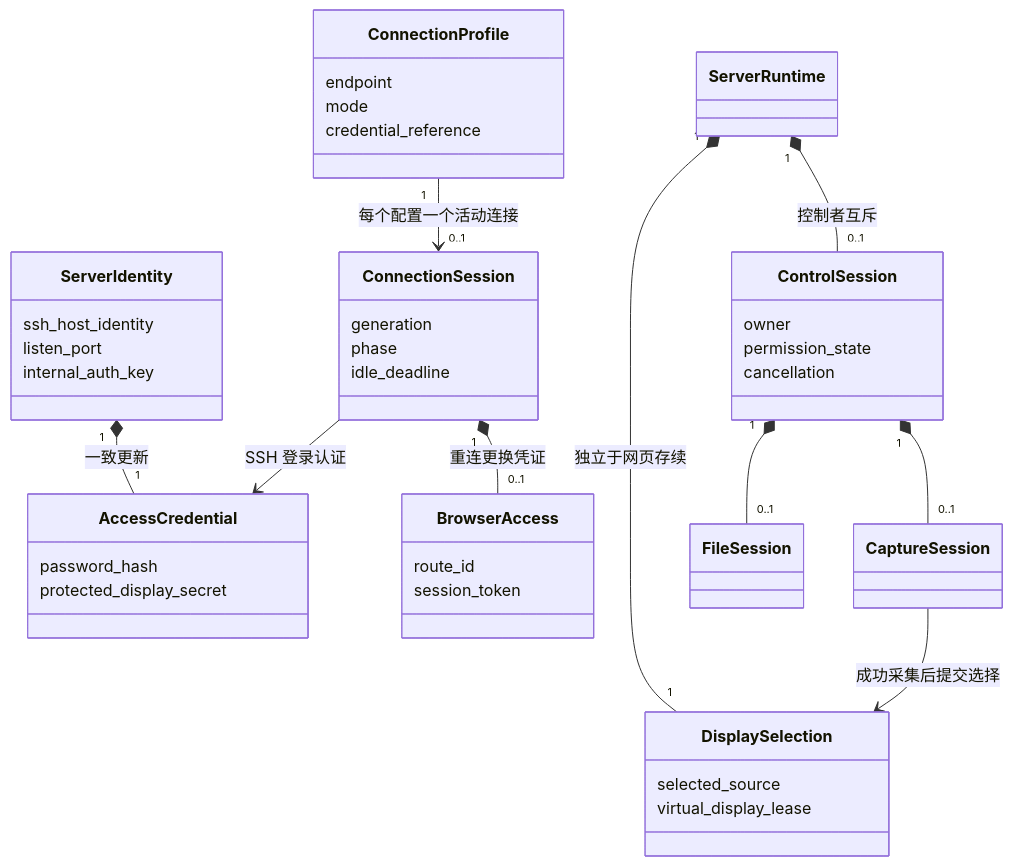
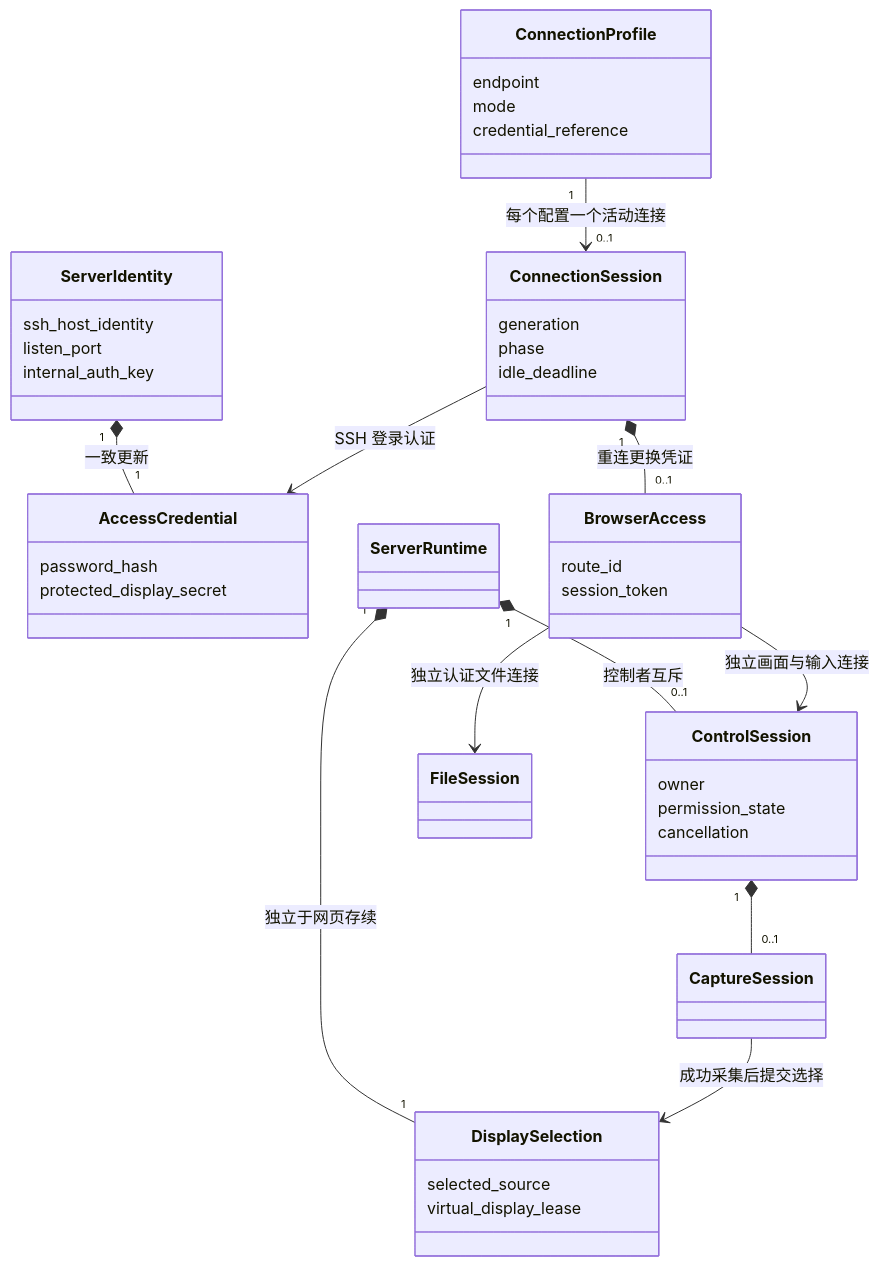
One commit to dripai/LanDesk changed the first of 4 diagrams in docs/architecture.md. Above: the diagram before and after it, drawn with Mermaid. The commit also changed other lines of this file and 28 other files, not shown here.

````diff
--- a/docs/architecture.md
+++ b/docs/architecture.md
@@ -40,47 +40,48 @@
 ```mermaid
 classDiagram
     class ServerIdentity {
         ssh_host_identity
         listen_port
         internal_auth_key
     }
     class AccessCredential {
         password_hash
         protected_display_secret
     }
     class ConnectionProfile {
         endpoint
         mode
         credential_reference
     }
     class ConnectionSession {
         generation
         phase
         idle_deadline
     }
     class BrowserAccess {
         route_id
         session_token
     }
     class ControlSession {
         owner
         permission_state
         cancellation
     }
     class ServerRuntime
     class DisplaySelection {
         selected_source
         virtual_display_lease
     }
     class CaptureSession
     class FileSession
     ServerIdentity "1" *-- "1" AccessCredential : 一致更新
     ConnectionProfile "1" --> "0..1" ConnectionSession : 每个配置一个活动连接
     ConnectionSession "1" *-- "0..1" BrowserAccess : 重连更换凭证
     ConnectionSession --> AccessCredential : SSH 登录认证
     ServerRuntime "1" *-- "0..1" ControlSession : 控制者互斥
     ServerRuntime "1" *-- "1" DisplaySelection : 独立于网页存续
     ControlSession "1" *-- "0..1" CaptureSession
-    ControlSession "1" *-- "0..1" FileSession
+    BrowserAccess --> FileSession : 独立认证文件连接
+    BrowserAccess --> ControlSession : 独立画面与输入连接
     CaptureSession --> DisplaySelection : 成功采集后提交选择
 ```
````
